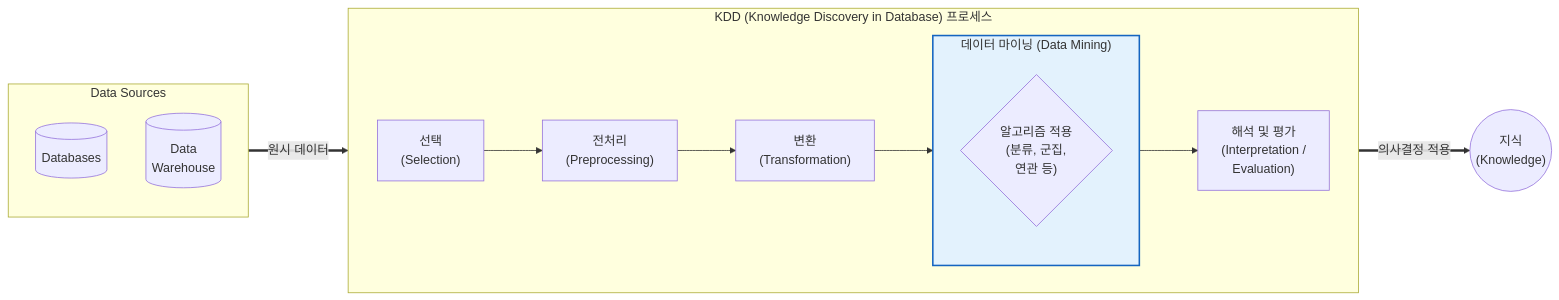
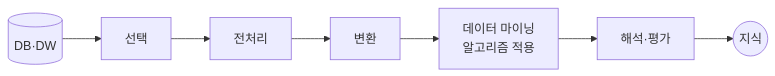
Before and after one commit to supremethumb/supremethumb.github.io: the diagram in content/01_IT Tech/데이터 마이닝.md, drawn with Mermaid. The commit also changed other lines of this file and 1087 other files, not shown here.

````diff
--- a/content/01_IT Tech/데이터 마이닝.md
+++ b/content/01_IT Tech/데이터 마이닝.md
@@ -33,27 +34,4 @@
 ```mermaid
 flowchart LR
-    subgraph Data_Sources ["Data Sources"]
-        DB[(Databases)]
-        DW[(Data<br/>Warehouse)]
-    end
-
-    subgraph KDD_Process ["KDD (Knowledge Discovery in Database) 프로세스"]
-        direction LR
-        S1["선택<br/>(Selection)"] --> S2["전처리<br/>(Preprocessing)"]
-        S2 --> S3["변환<br/>(Transformation)"]
-        
-        subgraph Mining_Stage ["데이터 마이닝 (Data Mining)"]
-            M1{"알고리즘 적용<br/>(분류, 군집,<br/>연관 등)"}
-        end
-        
-        S3 --> Mining_Stage
-        Mining_Stage --> S5["해석 및 평가<br/>(Interpretation /<br/>Evaluation)"]
-    end
-    
-    Data_Sources == "원시 데이터" ==> S1
-    S5 == "의사결정 적용" ==> Knowledge(("지식<br/>(Knowledge)"))
-    
-    classDef major fill:#e3f2fd,stroke:#1565c0,stroke-width:2px;
-    class Mining_Stage major;
-
+    D[("DB·DW")] --> S1["선택"] --> S2["전처리"] --> S3["변환"] --> M["데이터 마이닝<br/>알고리즘 적용"] --> S5["해석·평가"] --> K(("지식"))
 ```
````
